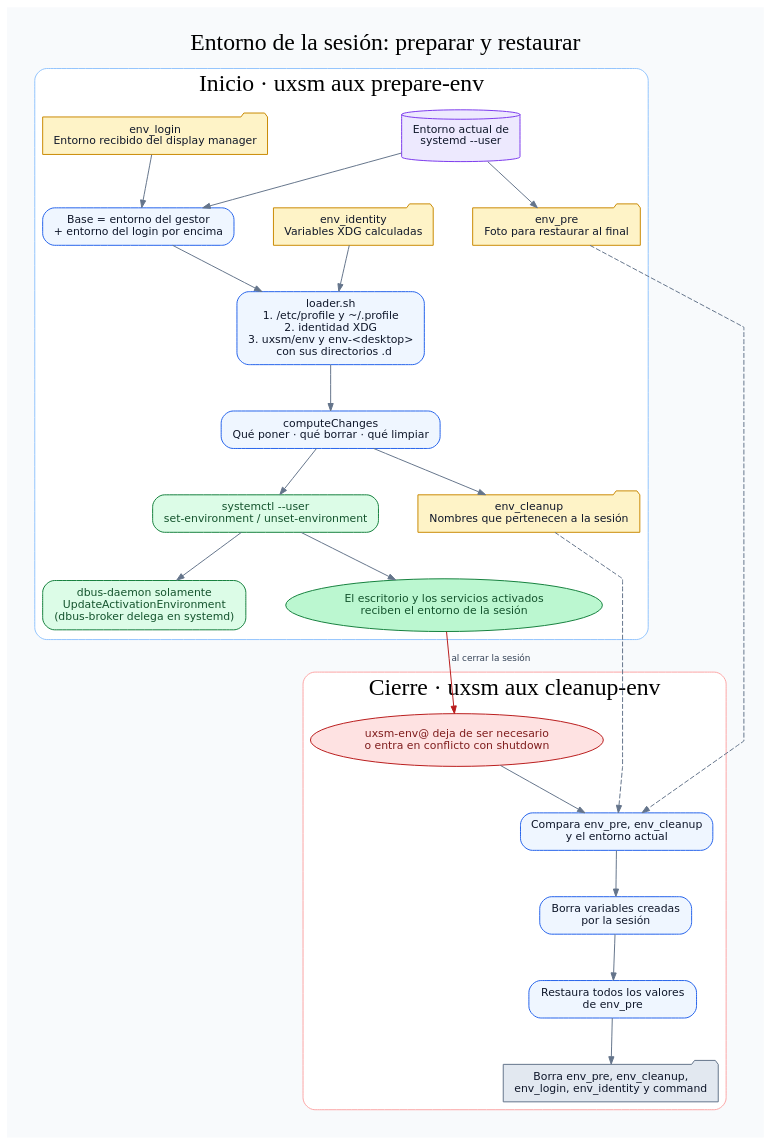
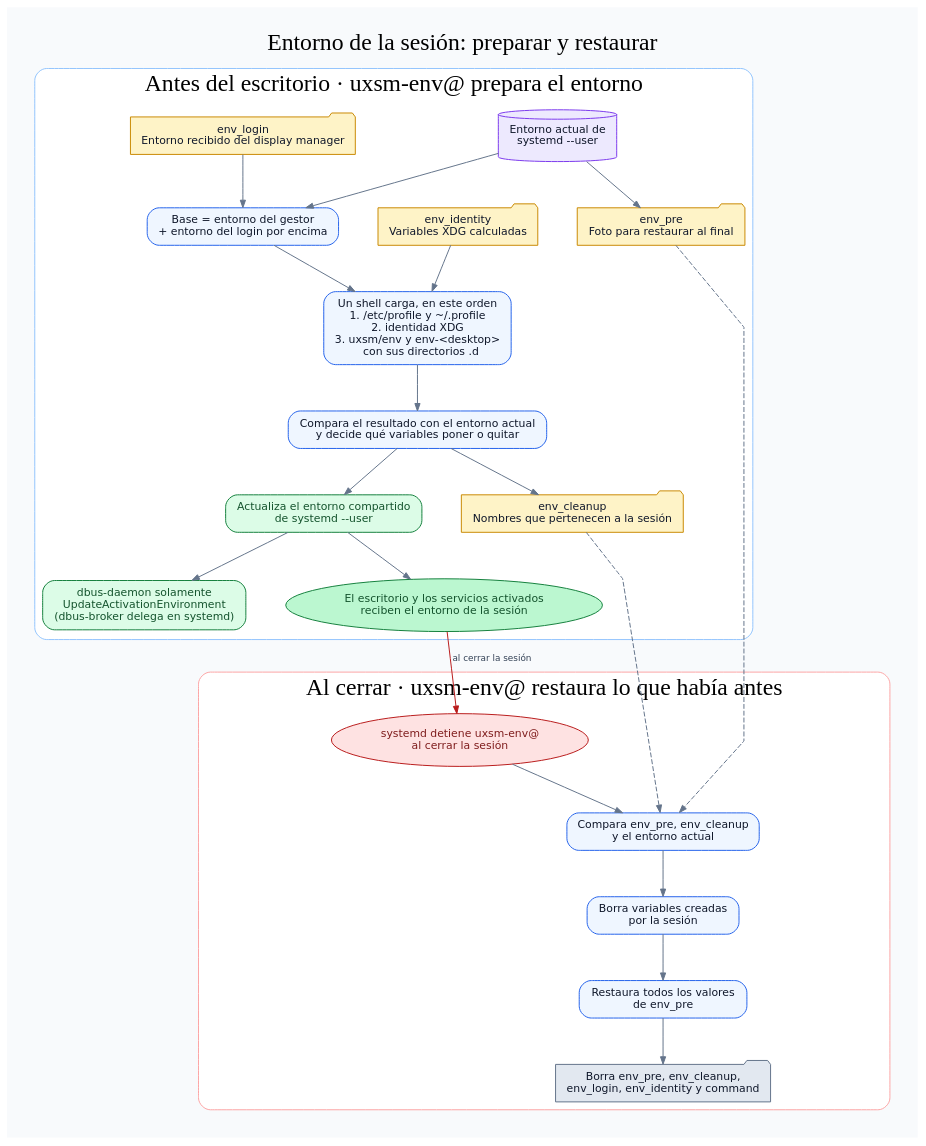
One commit to heizeisaburou/uxsm changed the diagram in docs/flows/environment.dot. Above: the diagram before and after it, drawn with Graphviz. The commit also changed 10 other files, not shown here.

First line of the commit message:
Reescribe la documentación de arquitectura y sus diagramas

```diff
--- a/docs/flows/environment.dot
+++ b/docs/flows/environment.dot
@@ -1,76 +1,76 @@
 digraph environment {
   graph [
     label="Entorno de la sesión: preparar y restaurar",
     labelloc=t,
     fontsize=24,
     fontname="DejaVu Sans Bold",
     bgcolor="#f8fafc",
     pad=0.28,
     nodesep=0.55,
     ranksep=0.62,
     splines=polyline
   ];
   node [shape=box, style="rounded,filled", fontname="DejaVu Sans", fontsize=11,
         color="#2563eb", fillcolor="#eff6ff", fontcolor="#0f172a", margin="0.15,0.10"];
   edge [fontname="DejaVu Sans", fontsize=9, color="#64748b", fontcolor="#334155", arrowsize=0.75];
 
   subgraph cluster_prepare {
-    label="Inicio · uxsm aux prepare-env";
+    label="Antes del escritorio · uxsm-env@ prepara el entorno";
     color="#93c5fd";
     style="rounded,filled";
     fillcolor="#ffffff";
     fontname="DejaVu Sans Bold";
 
     login [shape=folder, fillcolor="#fef3c7", color="#ca8a04",
            label="env_login\nEntorno recibido del display manager"];
     identity [shape=folder, fillcolor="#fef3c7", color="#ca8a04",
               label="env_identity\nVariables XDG calculadas"];
     manager [shape=cylinder, fillcolor="#ede9fe", color="#7c3aed",
              label="Entorno actual de\nsystemd --user"];
     snapshot [shape=folder, fillcolor="#fef3c7", color="#ca8a04",
               label="env_pre\nFoto para restaurar al final"];
     merge [label="Base = entorno del gestor\n+ entorno del login por encima"];
-    loader [label="loader.sh\n1. /etc/profile y ~/.profile\n2. identidad XDG\n3. uxsm/env y env-<desktop>\n   con sus directorios .d"];
-    diff [label="computeChanges\nQué poner · qué borrar · qué limpiar"];
+    loader [label="Un shell carga, en este orden\n1. /etc/profile y ~/.profile\n2. identidad XDG\n3. uxsm/env y env-<desktop>\n   con sus directorios .d"];
+    diff [label="Compara el resultado con el entorno actual\ny decide qué variables poner o quitar"];
     marked [shape=folder, fillcolor="#fef3c7", color="#ca8a04",
             label="env_cleanup\nNombres que pertenecen a la sesión"];
     apply [fillcolor="#dcfce7", color="#15803d", fontcolor="#14532d",
-           label="systemctl --user\nset-environment / unset-environment"];
+           label="Actualiza el entorno compartido\nde systemd --user"];
     dbus [fillcolor="#dcfce7", color="#15803d", fontcolor="#14532d",
           label="dbus-daemon solamente\nUpdateActivationEnvironment\n(dbus-broker delega en systemd)"];
     process [shape=oval, fillcolor="#bbf7d0", color="#15803d", fontcolor="#14532d",
              label="El escritorio y los servicios activados\nreciben el entorno de la sesión"];
 
     manager -> snapshot;
     manager -> merge;
     login -> merge;
     identity -> loader;
     merge -> loader -> diff;
     diff -> marked;
     diff -> apply;
     apply -> dbus;
     apply -> process;
   }
 
   subgraph cluster_cleanup {
-    label="Cierre · uxsm aux cleanup-env";
+    label="Al cerrar · uxsm-env@ restaura lo que había antes";
     color="#fca5a5";
     style="rounded,filled";
     fillcolor="#ffffff";
     fontname="DejaVu Sans Bold";
 
     stop [shape=oval, fillcolor="#fee2e2", color="#b91c1c", fontcolor="#7f1d1d",
-          label="uxsm-env@ deja de ser necesario\no entra en conflicto con shutdown"];
+          label="systemd detiene uxsm-env@\nal cerrar la sesión"];
     compare [label="Compara env_pre, env_cleanup\ny el entorno actual"];
     unset [label="Borra variables creadas\npor la sesión"];
     restore [label="Restaura todos los valores\nde env_pre"];
     remove [shape=folder, fillcolor="#e2e8f0", color="#64748b",
             label="Borra env_pre, env_cleanup,\nenv_login, env_identity y command"];
 
     stop -> compare -> unset -> restore -> remove;
   }
 
   process -> stop [label=" al cerrar la sesión ", color="#b91c1c"];
   snapshot -> compare [style=dashed];
   marked -> compare [style=dashed];
 }
```
